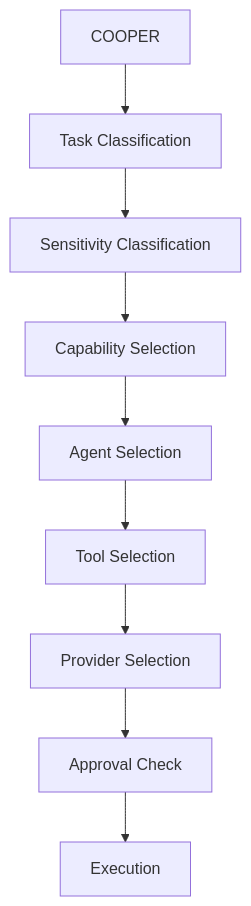
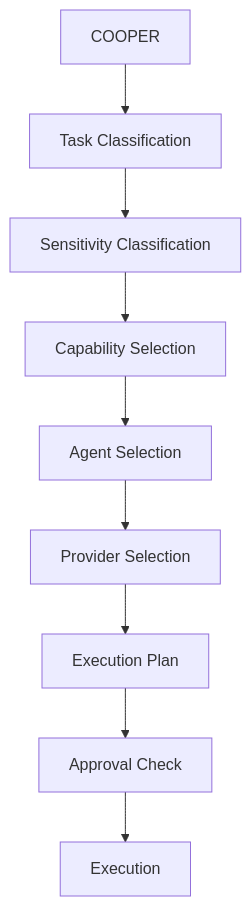
Before and after one commit to ThemisEidos/AI-Ecosystem: the diagram in Documentation/COOPER-Agent-Routing-Architecture.md, drawn with Mermaid. The commit also changed other lines of this file and 5 other files, not shown here.

````diff
--- a/Documentation/COOPER-Agent-Routing-Architecture.md
+++ b/Documentation/COOPER-Agent-Routing-Architecture.md
@@ -7,11 +7,11 @@
 ```mermaid
 flowchart TD
     A["COOPER"] --> B["Task Classification"]
     B --> C["Sensitivity Classification"]
     C --> D["Capability Selection"]
     D --> E["Agent Selection"]
-    E --> F["Tool Selection"]
-    F --> G["Provider Selection"]
+    E --> F["Provider Selection"]
+    F --> G["Execution Plan"]
     G --> H["Approval Check"]
     H --> I["Execution"]
 ```
````
